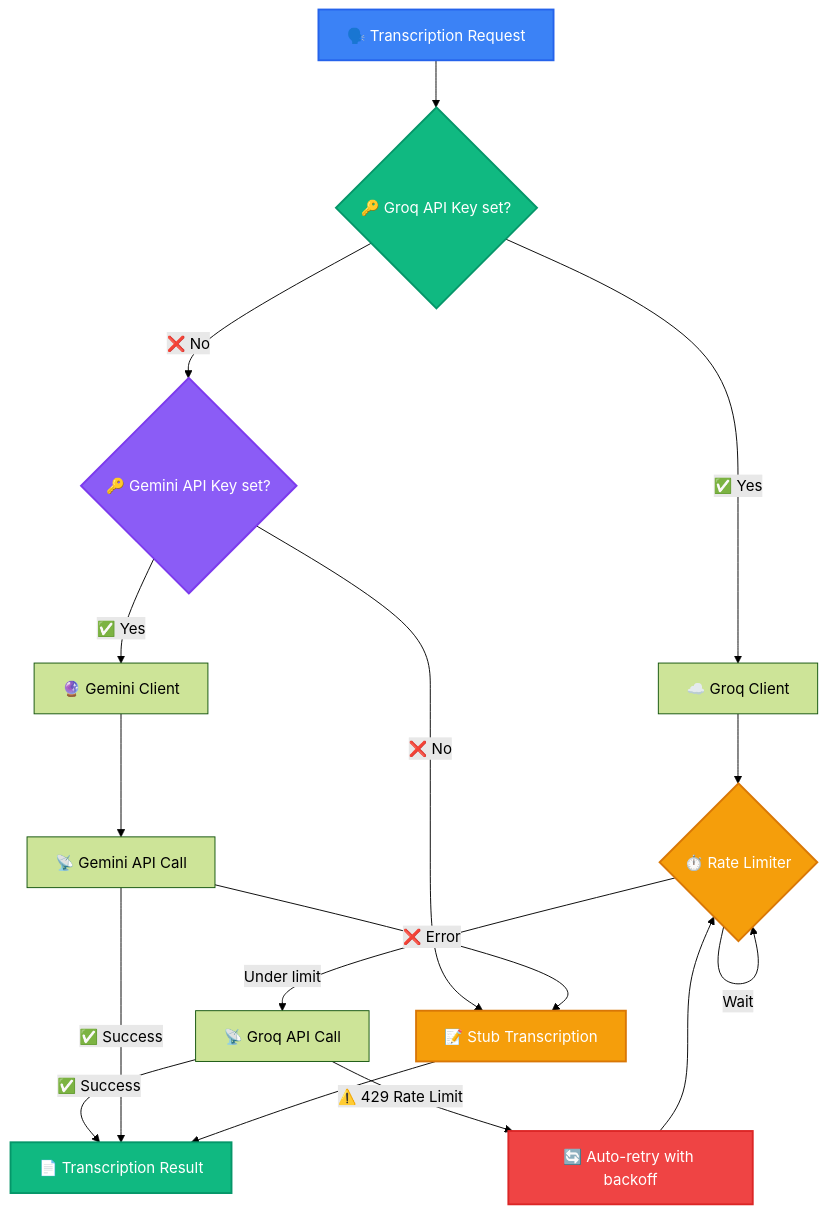
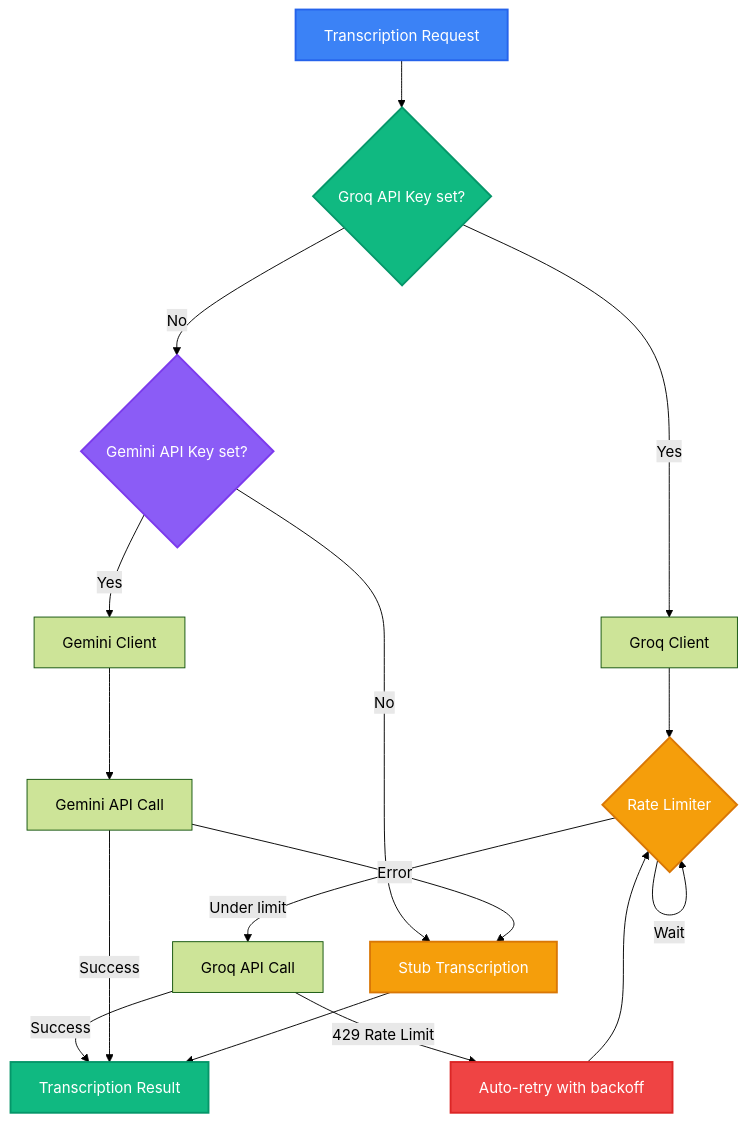
The fifth of 7 diagrams in README.md (samm329-ui/Trimora_v2), drawn with Mermaid (forest theme) before and after one commit. The commit also changed other lines of this file, not shown here.

Commit message:
fix: remove emojis from all Mermaid diagrams for GitHub rendering

````diff
--- a/README.md
+++ b/README.md
@@ -585,30 +585,30 @@
 ```mermaid
 flowchart TD
-    START["🗣️ Transcription Request"] --> GROQ{"🔑 Groq API Key set?"}
-    GROQ -->|"✅ Yes"| GROQ_CLIENT["☁️ Groq Client"]
-    GROQ -->|"❌ No"| GEMINI{"🔑 Gemini API Key set?"}
-    GEMINI -->|"✅ Yes"| GEMINI_CLIENT["🔮 Gemini Client"]
-    GEMINI -->|"❌ No"| STUB["📝 Stub Transcription"]
+    START["Transcription Request"] --> GROQ{"Groq API Key set?"}
+    GROQ -->|Yes| GROQ_CLIENT["Groq Client"]
+    GROQ -->|No| GEMINI{"Gemini API Key set?"}
+    GEMINI -->|Yes| GEMINI_CLIENT["Gemini Client"]
+    GEMINI -->|No| STUB["Stub Transcription"]
 
-    GROQ_CLIENT --> RATE{"⏱️ Rate Limiter"}
-    RATE -->|"Under limit"| GROQ_CALL["📡 Groq API Call"]
-    RATE -->|"Wait"| RATE
+    GROQ_CLIENT --> RATE{"Rate Limiter"}
+    RATE -->|Under limit| GROQ_CALL["Groq API Call"]
+    RATE -->|Wait| RATE
 
-    GROQ_CALL -->|"✅ Success"| RESULT["📄 Transcription Result"]
-    GROQ_CALL -->|"⚠️ 429 Rate Limit"| RETRY["🔄 Auto-retry with backoff"]
+    GROQ_CALL -->|Success| RESULT["Transcription Result"]
+    GROQ_CALL -->|429 Rate Limit| RETRY["Auto-retry with backoff"]
     RETRY --> RATE
 
-    GEMINI_CLIENT --> GEMINI_CALL["📡 Gemini API Call"]
-    GEMINI_CALL -->|"✅ Success"| RESULT
-    GEMINI_CALL -->|"❌ Error"| STUB
+    GEMINI_CLIENT --> GEMINI_CALL["Gemini API Call"]
+    GEMINI_CALL -->|Success| RESULT
+    GEMINI_CALL -->|Error| STUB
 
     STUB --> RESULT
 
     style START fill:#3b82f6,color:#fff,stroke:#2563eb,stroke-width:2px
     style GROQ fill:#10b981,color:#fff,stroke:#059669,stroke-width:2px
     style GEMINI fill:#8b5cf6,color:#fff,stroke:#7c3aed,stroke-width:2px
     style STUB fill:#f59e0b,color:#fff,stroke:#d97706,stroke-width:2px
     style RATE fill:#f59e0b,color:#fff,stroke:#d97706,stroke-width:2px
     style RESULT fill:#10b981,color:#fff,stroke:#059669,stroke-width:2px
     style RETRY fill:#ef4444,color:#fff,stroke:#dc2626,stroke-width:2px
 ```
````
